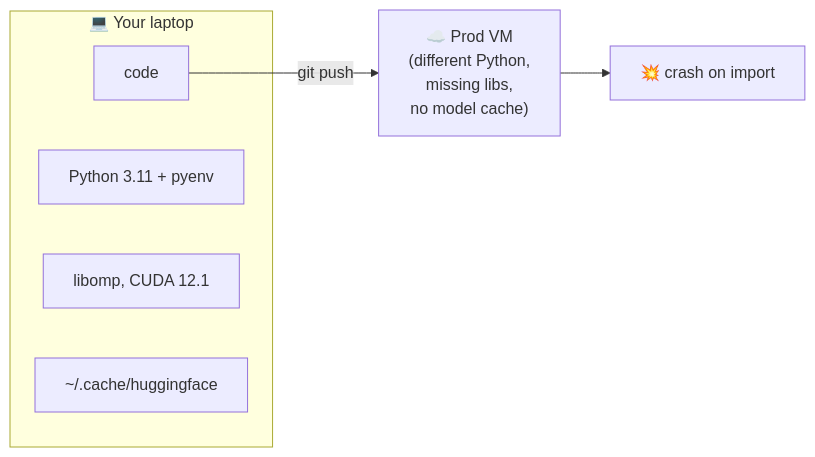
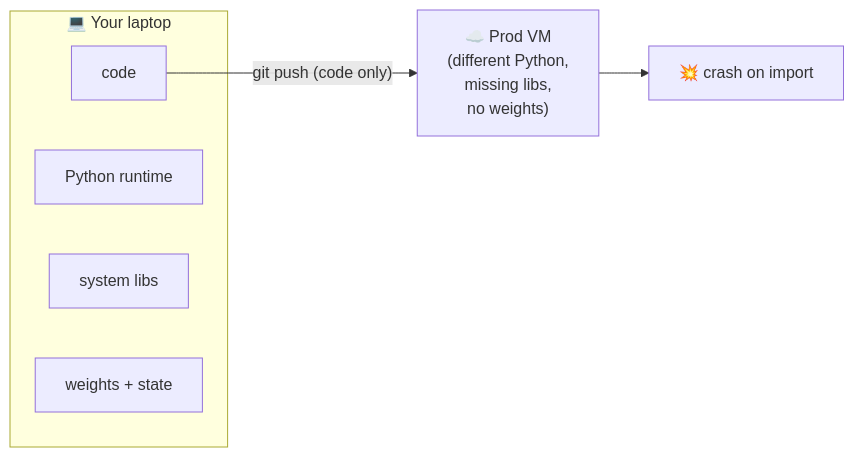
One commit to arun-gupta/the-pain-first-way changed the first of 2 diagrams in pains/01-model-works-locally.md. Above: the diagram before and after it, drawn with Mermaid. The commit also changed other lines of this file, not shown here.

First line of the commit message:
docs(pain-01): make before/after diagrams structurally identical

````diff
--- a/pains/01-model-works-locally.md
+++ b/pains/01-model-works-locally.md
@@ -11,11 +11,11 @@
 ```mermaid
 flowchart LR
   subgraph Laptop["💻 Your laptop"]
     C[code]
-    P[Python 3.11 + pyenv]
-    L[libomp, CUDA 12.1]
-    M[~/.cache/huggingface]
+    R[Python runtime]
+    S[system libs]
+    W[weights + state]
   end
-  C -->|git push| Prod["☁️ Prod VM\n(different Python,\nmissing libs,\nno model cache)"]
+  C -->|"git push (code only)"| Prod["☁️ Prod VM\n(different Python,\nmissing libs,\nno weights)"]
   Prod --> X[💥 crash on import]
 ```
````
